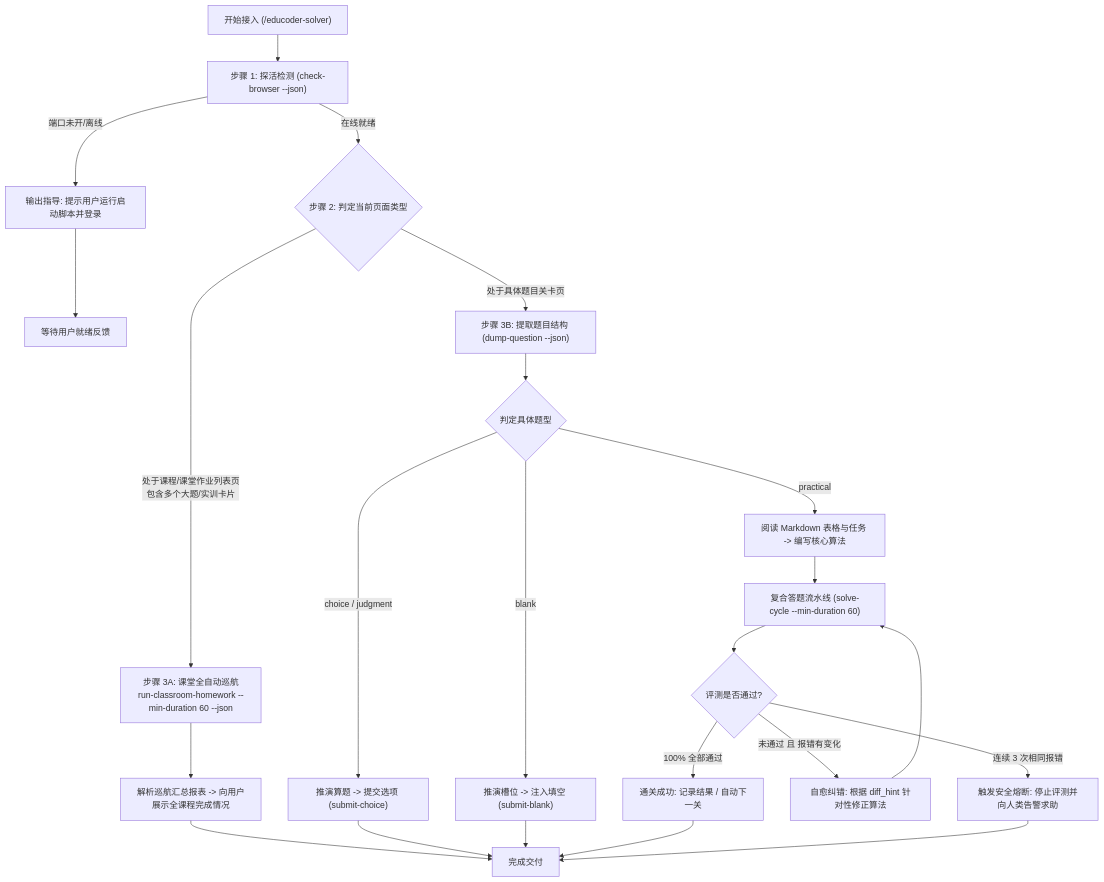
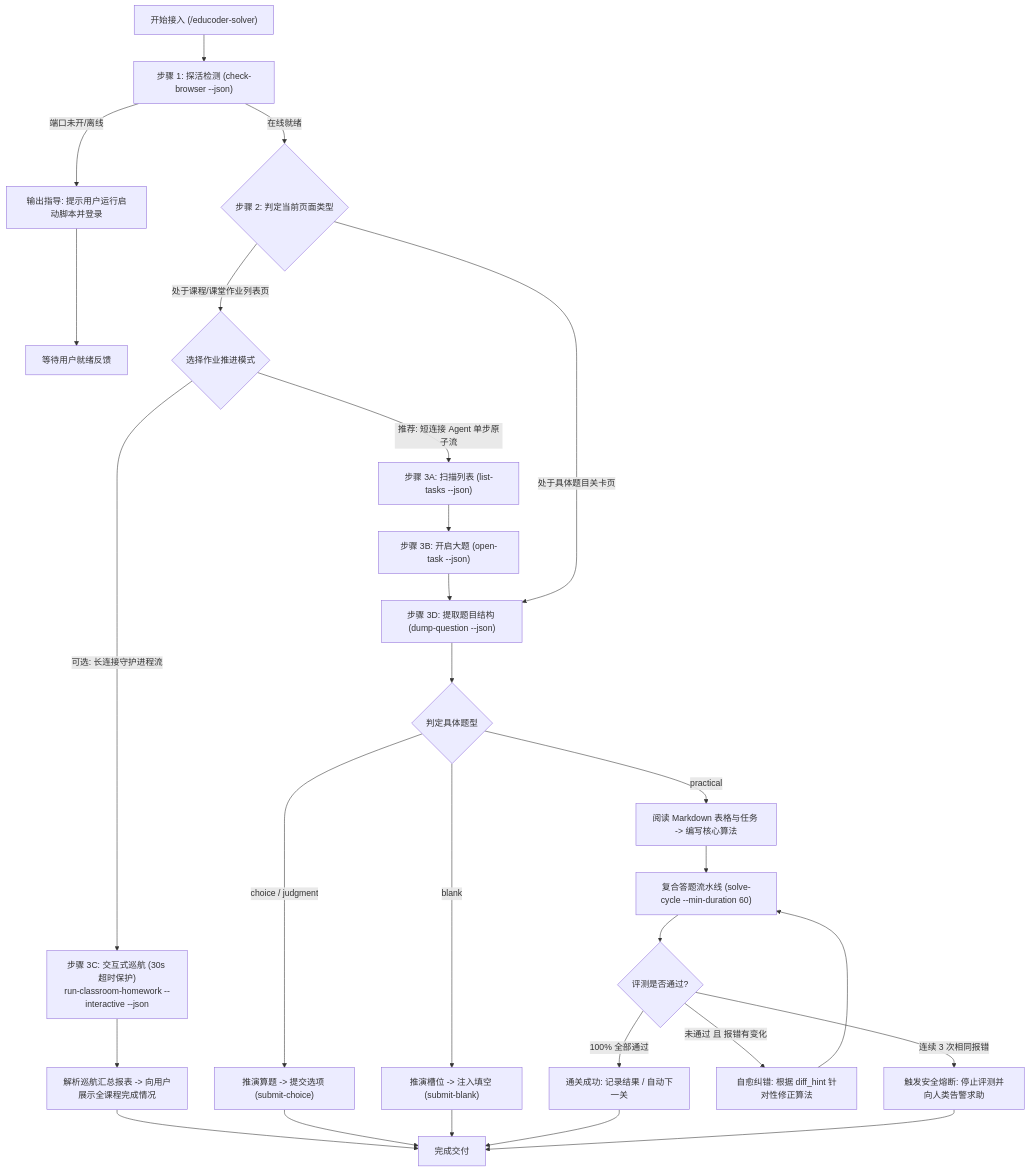
One commit to woachy/educoder-solver changed the diagram in docs/AI_MANUAL.md. Above: the diagram before and after it, drawn with Mermaid. The commit also changed other lines of this file and 11 other files, not shown here.

````diff
--- a/docs/AI_MANUAL.md
+++ b/docs/AI_MANUAL.md
@@ -17,36 +17,41 @@
 ```mermaid
 flowchart TD
     Start["开始接入 (/educoder-solver)"] --> Check["步骤 1: 探活检测 (check-browser --json)"]
     Check -->|端口未开/离线| GuideUser["输出指导: 提示用户运行启动脚本并登录"]
     GuideUser --> WaitUser["等待用户就绪反馈"]
     
     Check -->|在线就绪| DetectPage{"步骤 2: 判定当前页面类型"}
     
     %% 分支 1: 课堂大作业列表页
-    DetectPage -->|处于课程/课堂作业列表页<br>包含多个大题/实训卡片| Cruise["步骤 3A: 课堂全自动巡航<br>run-classroom-homework --min-duration 60 --json"]
+    DetectPage -->|处于课程/课堂作业列表页| ChooseMode{"选择作业推进模式"}
+    ChooseMode -->|推荐: 短连接 Agent 单步原子流| Step1["步骤 3A: 扫描列表 (list-tasks --json)"]
+    Step1 --> Step2["步骤 3B: 开启大题 (open-task --json)"]
+    Step2 --> Dump
+    
+    ChooseMode -->|可选: 长连接守护进程流| Cruise["步骤 3C: 交互式巡航 (30s 超时保护)<br>run-classroom-homework --interactive --json"]
     Cruise --> CruiseReport["解析巡航汇总报表 -> 向用户展示全课程完成情况"]
     CruiseReport --> End["完成交付"]
 
     %% 分支 2: 单题目关卡页
-    DetectPage -->|处于具体题目关卡页| Dump["步骤 3B: 提取题目结构 (dump-question --json)"]
+    DetectPage -->|处于具体题目关卡页| Dump["步骤 3D: 提取题目结构 (dump-question --json)"]
     Dump --> QuestionType{"判定具体题型"}
 
     QuestionType -->|choice / judgment| SolveChoice["推演算题 -> 提交选项 (submit-choice)"]
     SolveChoice --> End
 
     QuestionType -->|blank| SolveBlank["推演槽位 -> 注入填空 (submit-blank)"]
     SolveBlank --> End
 
     QuestionType -->|practical| SolvePractical["阅读 Markdown 表格与任务 -> 编写核心算法"]
     SolvePractical --> SolveCycle["复合答题流水线 (solve-cycle --min-duration 60)"]
     SolveCycle --> EvalCheck{"评测是否通过?"}
     
     EvalCheck -->|100% 全部通过| LevelDone["通关成功: 记录结果 / 自动下一关"]
     LevelDone --> End
     
     EvalCheck -->|未通过 且 报错有变化| SelfHeal["自愈纠错: 根据 diff_hint 针对性修正算法"]
     SelfHeal --> SolveCycle
     
     EvalCheck -->|连续 3 次相同报错| CircuitBreak["触发安全熔断: 停止评测并向人类告警求助"]
     CircuitBreak --> End
 ```
````
